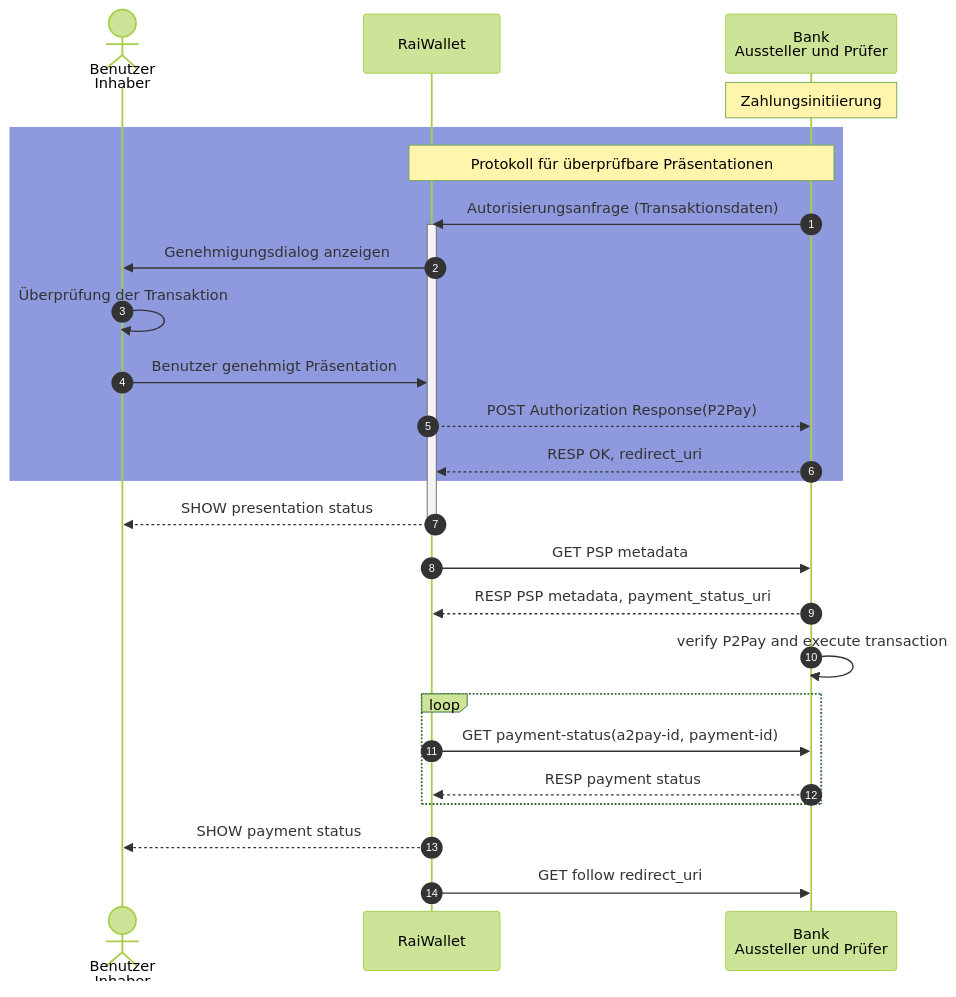
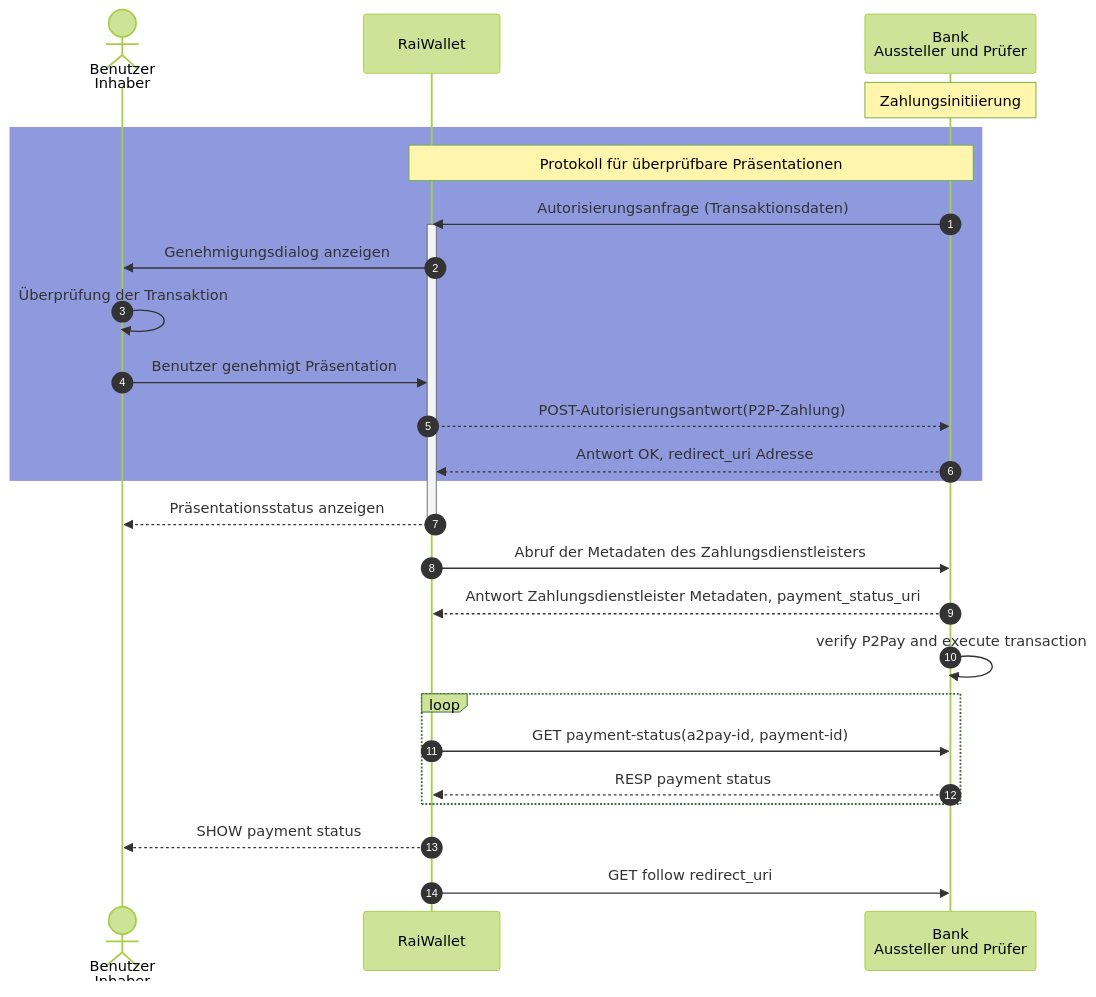
The diagram in readme.md (frogman/tomcat), drawn with Mermaid (forest theme) before and after one commit.

````diff
--- a/readme.md
+++ b/readme.md
@@ -1,33 +1,33 @@
 ```mermaid
 
 sequenceDiagram
     autonumber
     actor user as Benutzer<br/>Inhaber
     participant wallet as RaiWallet 
     participant psp as Bank<br/>Aussteller und Prüfer
 
     Note over psp: Zahlungsinitiierung
     rect rgb(143, 153, 222)
     note over wallet, psp: Protokoll für überprüfbare Präsentationen
     psp ->> wallet: Autorisierungsanfrage (Transaktionsdaten)
     activate wallet
     wallet ->> user: Genehmigungsdialog anzeigen
     user ->> user: Überprüfung der Transaktion
     user ->> wallet: Benutzer genehmigt Präsentation
-    wallet -->> psp: POST Authorization Response(P2Pay)
-    psp -->> wallet: RESP OK, redirect_uri
+    wallet -->> psp: POST-Autorisierungsantwort(P2P-Zahlung)
+    psp -->> wallet: Antwort OK, redirect_uri Adresse
     end
-    wallet -->> user: SHOW presentation status
+    wallet -->> user: Präsentationsstatus anzeigen
     deactivate wallet
-    wallet ->> psp: GET PSP metadata
-    psp -->> wallet: RESP PSP metadata, payment_status_uri
+    wallet ->> psp: Abruf der Metadaten des Zahlungsdienstleisters
+    psp -->> wallet: Antwort Zahlungsdienstleister Metadaten, payment_status_uri
     psp ->> psp: verify P2Pay and execute transaction
     loop
     wallet ->> psp: GET payment-status(a2pay-id, payment-id)
 
     psp -->> wallet: RESP payment status 
     end
     wallet -->> user: SHOW payment status
     wallet ->> psp: GET follow redirect_uri
 
 ```
````
